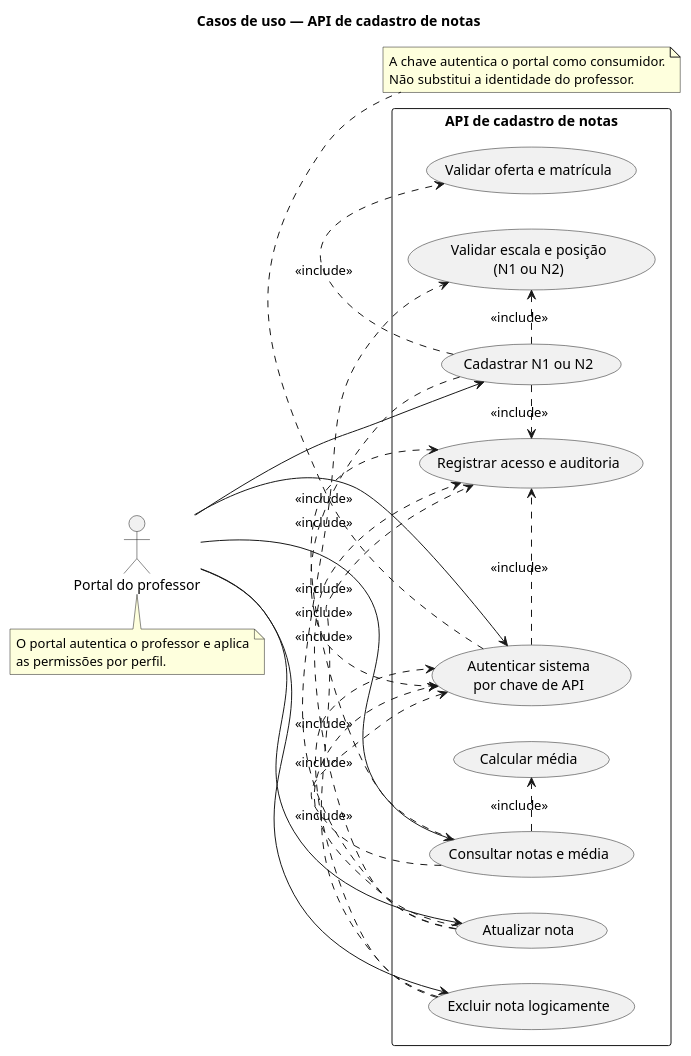
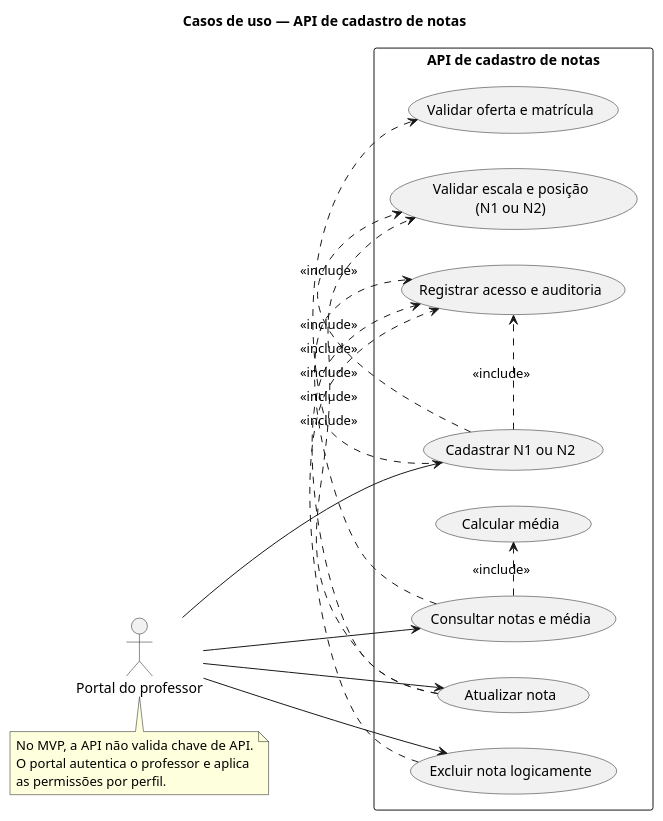
Before and after one commit to fabricianeres/Projeto-pos-gradua-o---modulo-01: the first of 3 diagrams in diagramas-uml-api-cadastro-notas.puml, drawn with PlantUML. The commit also changed other lines of this file and 4 other files, not shown here.

```diff
--- a/diagramas-uml-api-cadastro-notas.puml
+++ b/diagramas-uml-api-cadastro-notas.puml
@@ -1,46 +1,35 @@
 @startuml
 title Casos de uso — API de cadastro de notas
 left to right direction
 
 actor "Portal do professor" as Portal
 rectangle "API de cadastro de notas" {
-  usecase "Autenticar sistema\npor chave de API" as UCAuth
   usecase "Cadastrar N1 ou N2" as UCCreate
   usecase "Consultar notas e média" as UCRead
   usecase "Atualizar nota" as UCUpdate
   usecase "Excluir nota logicamente" as UCDelete
   usecase "Validar oferta e matrícula" as UCEnrollment
   usecase "Validar escala e posição\n(N1 ou N2)" as UCValidation
   usecase "Calcular média" as UCAverage
   usecase "Registrar acesso e auditoria" as UCAudit
 }
 
-Portal --> UCAuth
 Portal --> UCCreate
 Portal --> UCRead
 Portal --> UCUpdate
 Portal --> UCDelete
-UCCreate .> UCAuth : <<include>>
-UCRead .> UCAuth : <<include>>
-UCUpdate .> UCAuth : <<include>>
-UCDelete .> UCAuth : <<include>>
 UCCreate .> UCEnrollment : <<include>>
 UCCreate .> UCValidation : <<include>>
 UCCreate .> UCAudit : <<include>>
 UCRead .> UCAverage : <<include>>
 UCRead .> UCAudit : <<include>>
 UCUpdate .> UCValidation : <<include>>
 UCUpdate .> UCAudit : <<include>>
 UCDelete .> UCAudit : <<include>>
-UCAuth .> UCAudit : <<include>>
 
 note bottom of Portal
+No MVP, a API não valida chave de API.
 O portal autentica o professor e aplica
 as permissões por perfil.
 end note
-
-note bottom of UCAuth
-A chave autentica o portal como consumidor.
-Não substitui a identidade do professor.
-end note
 @enduml
```
